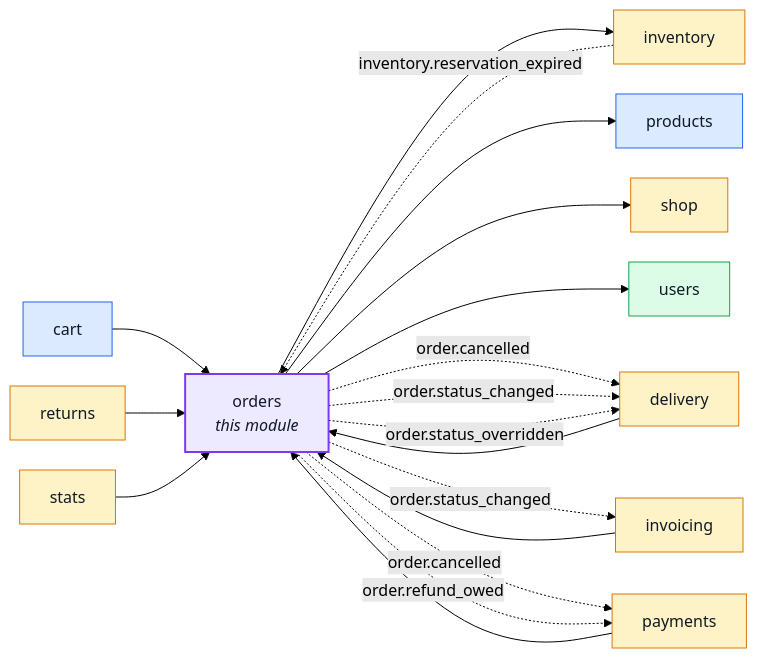
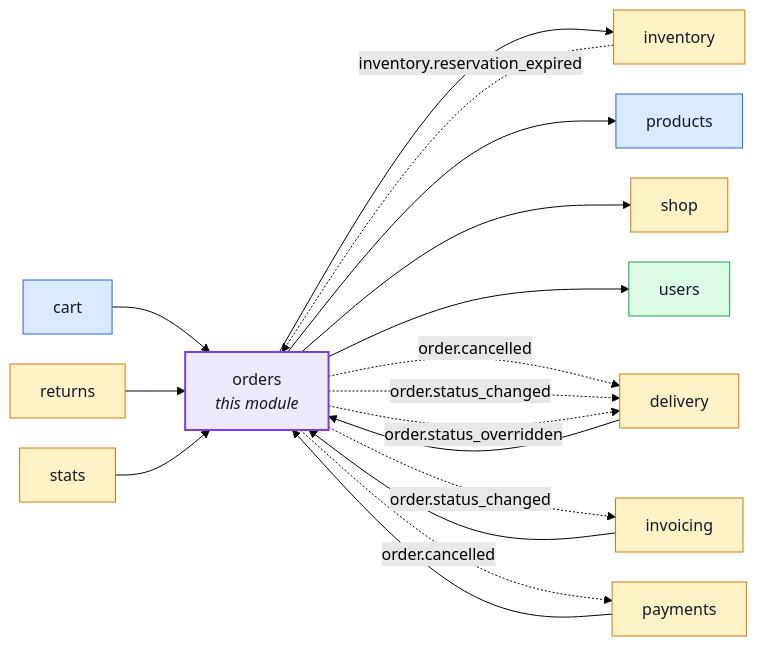
Before and after one commit to Guebbit/boilerplate-node-backend: the first of 7 diagrams in docs/modules/orders.md, drawn with Mermaid (forest theme). The commit also changed other lines of this file and 45 other files, not shown here.

````diff
--- a/docs/modules/orders.md
+++ b/docs/modules/orders.md
@@ -16,42 +16,41 @@
 ```mermaid
 %%{init: {'flowchart': {'nodeSpacing': 30, 'rankSpacing': 60}}}%%
 flowchart LR
     orders["orders<br/><i>this module</i>"]
     cart["cart"]
     delivery["delivery"]
     inventory["inventory"]
     invoicing["invoicing"]
     payments["payments"]
     products["products"]
     returns["returns"]
     shop["shop"]
     stats["stats"]
     users["users"]
 
     cart --> orders
     delivery --> orders
     invoicing --> orders
     payments --> orders
     returns --> orders
     stats --> orders
     orders --> inventory
     orders --> products
     orders --> shop
     orders --> users
     inventory -. "inventory.reservation_expired" .-> orders
     orders -. "order.cancelled" .-> delivery
     orders -. "order.status_changed" .-> delivery
     orders -. "order.status_overridden" .-> delivery
     orders -. "order.status_changed" .-> invoicing
     orders -. "order.cancelled" .-> payments
-    orders -. "order.refund_owed" .-> payments
 
     classDef core fill:#dbeafe,stroke:#2563eb,color:#111827;
     classDef supporting fill:#fef3c7,stroke:#d97706,color:#111827;
     classDef generic fill:#dcfce7,stroke:#16a34a,color:#111827;
     classDef centre fill:#ede9fe,stroke:#7c3aed,stroke-width:2px,color:#111827;
     class cart,products core;
     class delivery,inventory,invoicing,payments,returns,shop,stats supporting;
     class users generic;
     class orders centre;
 ```
````
